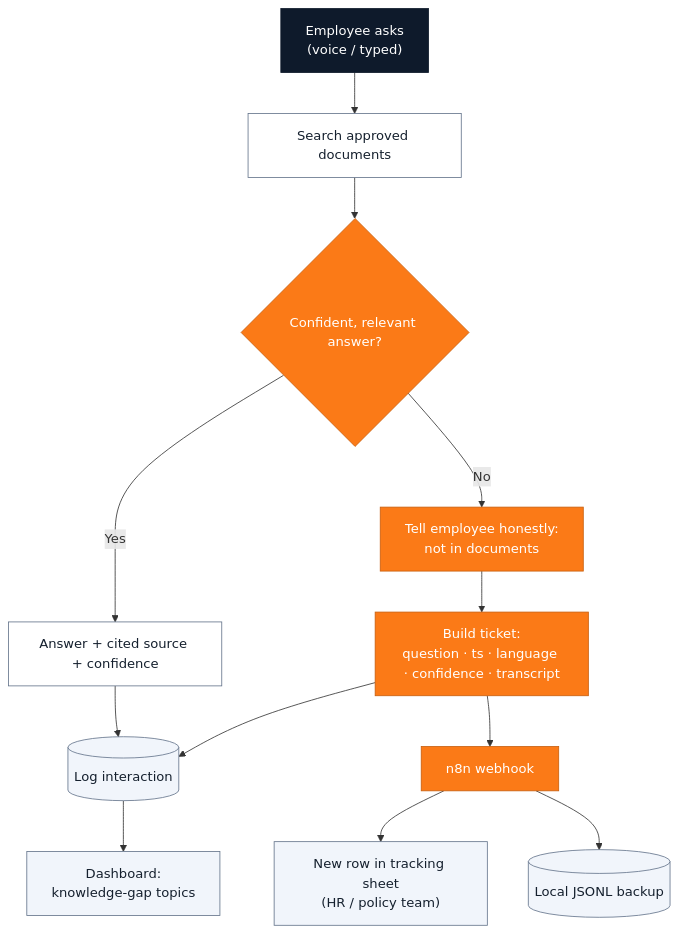
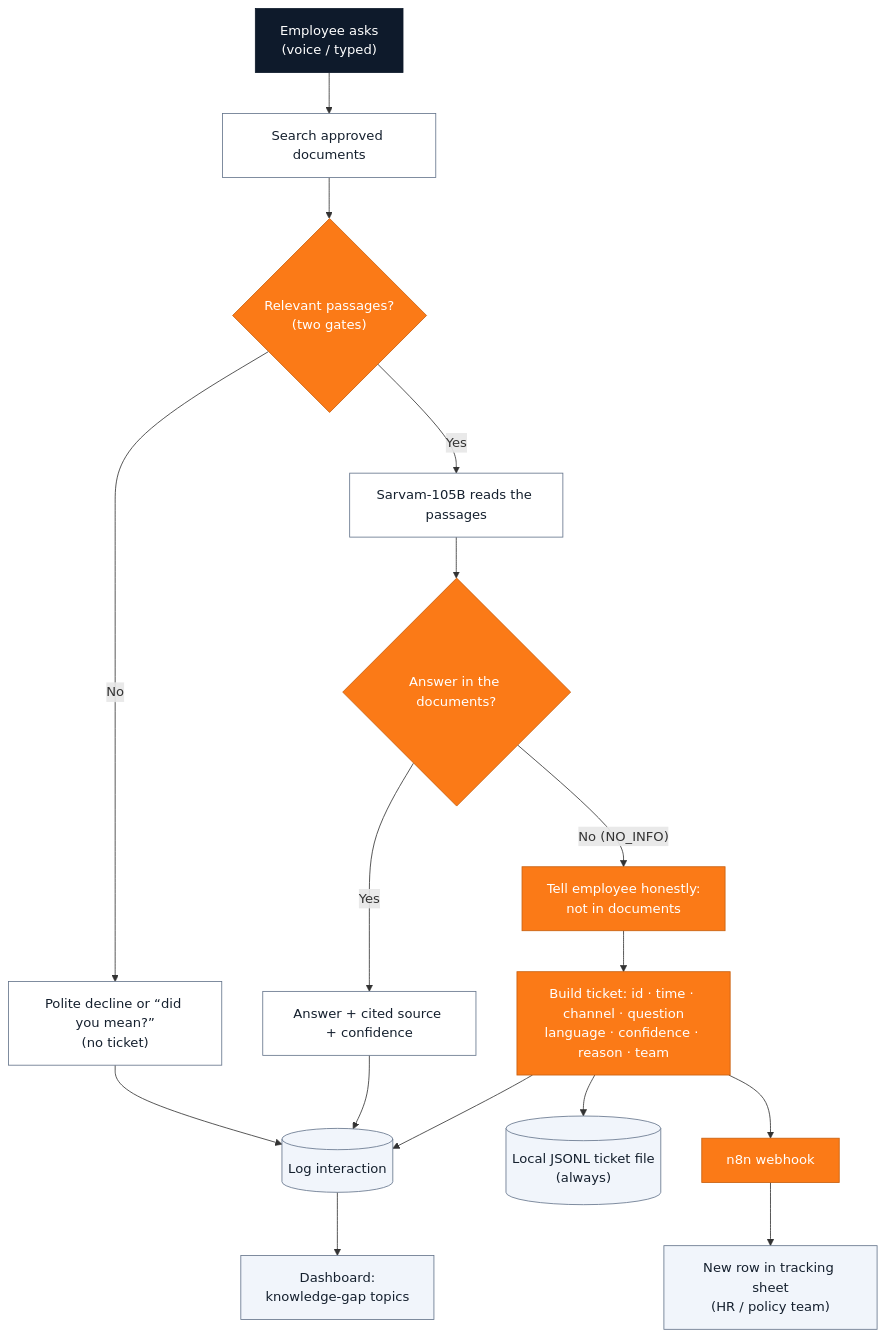
One commit to vihb09/pnb-sahayak changed the fifth of 6 diagrams in docs/architecture.md. Above: the diagram before and after it, drawn with Mermaid. The commit also changed other lines of this file and 8 other files, not shown here.

First line of the commit message:
Docs: bring diagrams, architecture doc, README and decks up to date

````diff
--- a/docs/architecture.md
+++ b/docs/architecture.md
@@ -262,28 +278,32 @@
 ```mermaid
 flowchart TB
     ASK["Employee asks<br/>(voice / typed)"]:::app
     SEARCH["Search approved documents"]:::neutral
-    CONF{"Confident, relevant answer?"}:::decision
+    GATES{"Relevant passages?<br/>(two gates)"}:::decision
+    DECL["Polite decline or “did you mean?”<br/>(no ticket)"]:::neutral
+    LLM["Sarvam-105B reads the passages"]:::neutral
+    CONF{"Answer in the documents?"}:::decision
     ANS["Answer + cited source + confidence"]:::neutral
     LOG[("Log interaction")]:::store
     DASH["Dashboard:<br/>knowledge-gap topics"]:::store
     TELL["Tell employee honestly:<br/>not in documents"]:::escalate
-    TICKET["Build ticket:<br/>question · ts · language · confidence · transcript"]:::escalate
+    TICKET["Build ticket: id · time · channel · question<br/>language · confidence · reason · team"]:::escalate
+    BACKUP[("Local JSONL ticket file<br/>(always)")]:::store
     N8N["n8n webhook"]:::escalate
     ROW["New row in tracking sheet<br/>(HR / policy team)"]:::store
-    BACKUP[("Local JSONL backup")]:::store
 
-    ASK --> SEARCH --> CONF
+    ASK --> SEARCH --> GATES
+    GATES -->|No| DECL --> LOG
+    GATES -->|Yes| LLM --> CONF
     CONF -->|Yes| ANS --> LOG --> DASH
-    CONF -->|No| TELL --> TICKET
+    CONF -->|"No (NO_INFO)"| TELL --> TICKET
     TICKET --> LOG
-    TICKET --> N8N
-    N8N --> ROW
-    N8N --> BACKUP
+    TICKET --> BACKUP
+    TICKET --> N8N --> ROW
 
     classDef app fill:#0E1A2B,stroke:#0E1A2B,color:#ffffff;
     classDef decision fill:#FB7A17,stroke:#C85F0E,color:#ffffff;
     classDef escalate fill:#FB7A17,stroke:#C85F0E,color:#ffffff;
     classDef neutral fill:#FFFFFF,stroke:#64748B,color:#15202E;
     classDef store fill:#F1F5FB,stroke:#64748B,color:#15202E;
 ```
````
